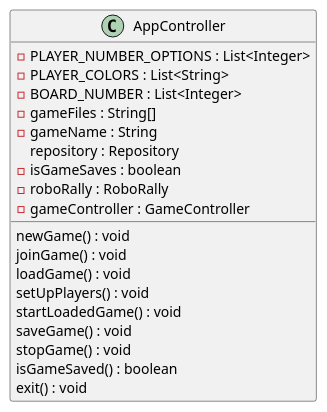
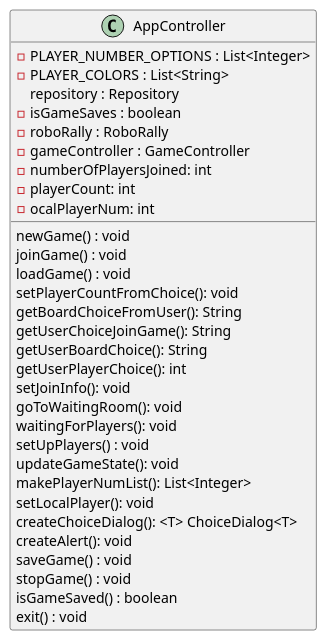
The diagram in Diagrams/AppController.puml (NegarOstad/RoboRally-Repo), drawn with PlantUML before and after one commit. The commit also changed 3 other files, not shown here.

Commit message:
AppController diagram

```diff
--- a/Diagrams/AppController.puml
+++ b/Diagrams/AppController.puml
@@ -1,30 +1,42 @@
 @startuml
 'https://plantuml.com/class-diagram
 
 class AppController{
 
 -PLAYER_NUMBER_OPTIONS : List<Integer>
 -PLAYER_COLORS : List<String>
--BOARD_NUMBER : List<Integer>
--gameFiles : String[]
--gameName : String
 repository : Repository
 -isGameSaves : boolean
 -roboRally : RoboRally
 -gameController : GameController
+-numberOfPlayersJoined: int
+-playerCount: int
+-ocalPlayerNum: int
 
 newGame() : void
 joinGame() : void
 loadGame() : void
+setPlayerCountFromChoice(): void
+getBoardChoiceFromUser(): String
+getUserChoiceJoinGame(): String
+getUserBoardChoice(): String
+getUserPlayerChoice(): int
+setJoinInfo(): void
+goToWaitingRoom(): void
+waitingForPlayers(): void
 setUpPlayers() : void
-startLoadedGame() : void
+updateGameState(): void
+makePlayerNumList(): List<Integer>
+setLocalPlayer(): void
+createChoiceDialog(): <T> ChoiceDialog<T>
+createAlert(): void
 saveGame() : void
 stopGame() : void
 isGameSaved() : boolean
 exit() : void
 }
 
 
 
 
 @enduml
```
